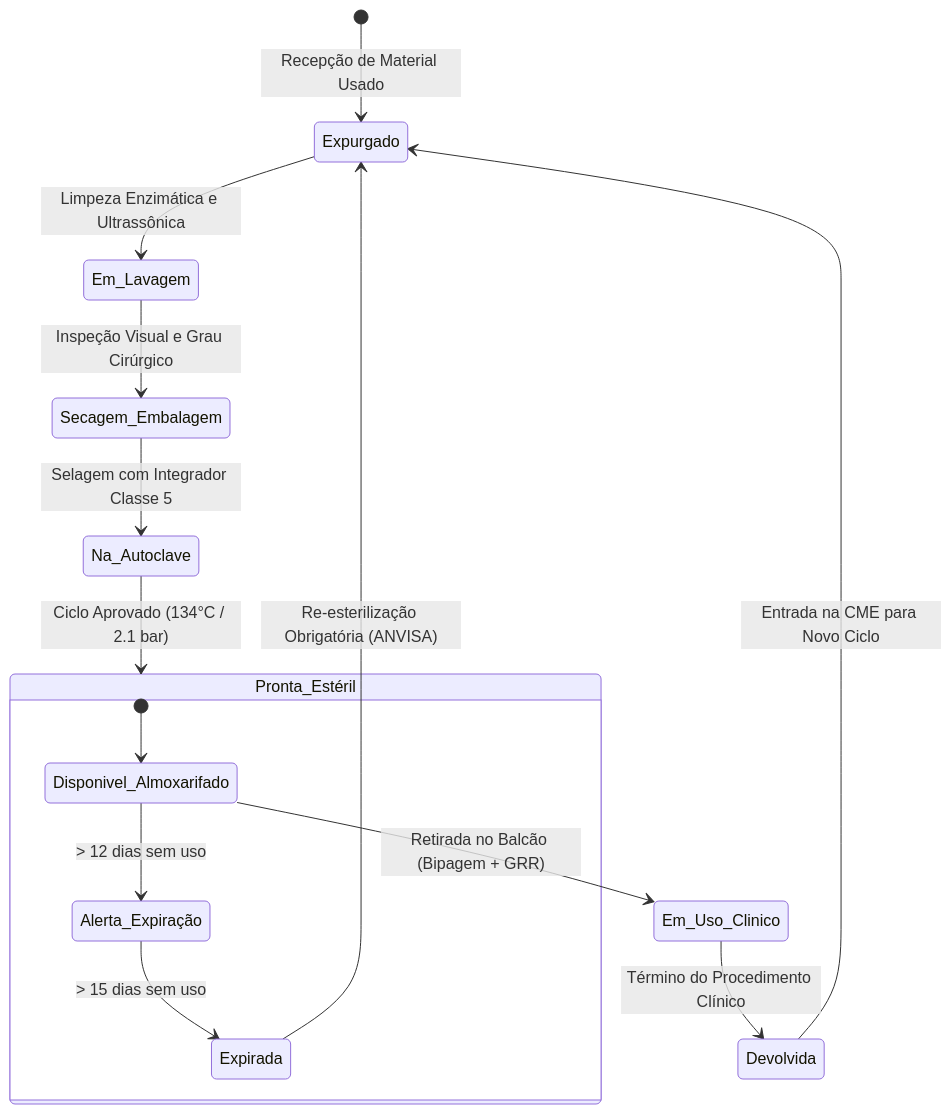
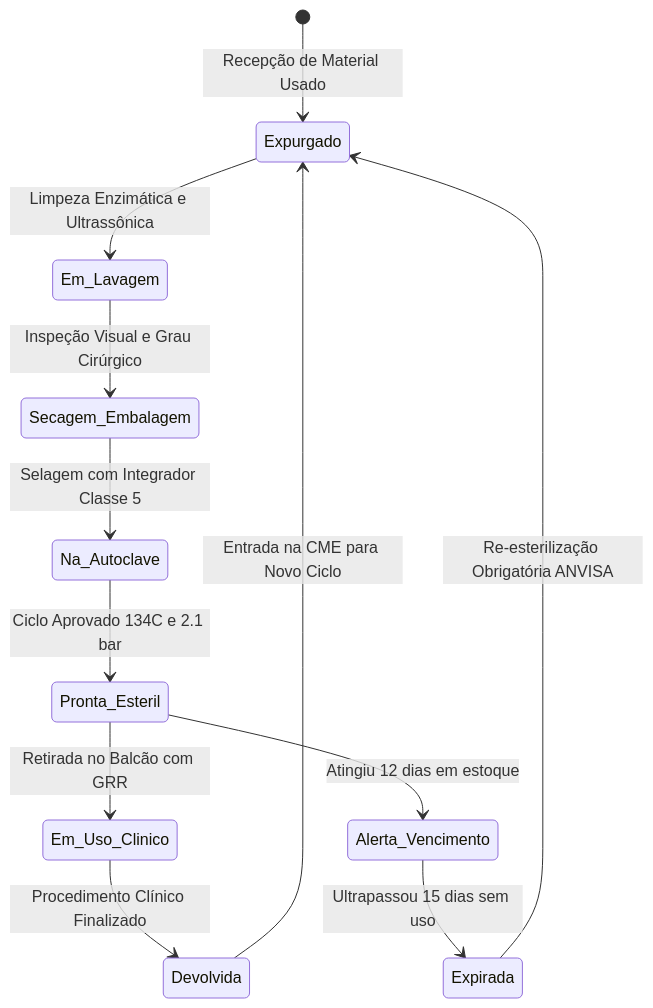
Before and after one commit to matheus-gabriel-les/Projeto-BigDente-v2: the second of 4 diagrams in README.md, drawn with Mermaid. The commit also changed other lines of this file, not shown here.

First line of the commit message:
docs: update RBAC flowchart in README

````diff
--- a/README.md
+++ b/README.md
@@ -56,21 +68,16 @@
 ```mermaid
 stateDiagram-v2
     [*] --> Expurgado: Recepção de Material Usado
     Expurgado --> Em_Lavagem: Limpeza Enzimática e Ultrassônica
     Em_Lavagem --> Secagem_Embalagem: Inspeção Visual e Grau Cirúrgico
     Secagem_Embalagem --> Na_Autoclave: Selagem com Integrador Classe 5
+    Na_Autoclave --> Pronta_Esteril: Ciclo Aprovado 134C e 2.1 bar
     
-    Na_Autoclave --> Pronta_Estéril: Ciclo Aprovado (134°C / 2.1 bar)
+    Pronta_Esteril --> Em_Uso_Clinico: Retirada no Balcão com GRR
+    Pronta_Esteril --> Alerta_Vencimento: Atingiu 12 dias em estoque
+    Alerta_Vencimento --> Expirada: Ultrapassou 15 dias sem uso
+    Expirada --> Expurgado: Re-esterilização Obrigatória ANVISA
     
-    state Pronta_Estéril {
-        [*] --> Disponivel_Almoxarifado
-        Disponivel_Almoxarifado --> Alerta_Expiração: > 12 dias sem uso
-        Alerta_Expiração --> Expirada: > 15 dias sem uso
-    }
-    
-    Disponivel_Almoxarifado --> Em_Uso_Clinico: Retirada no Balcão (Bipagem + GRR)
-    Expirada --> Expurgado: Re-esterilização Obrigatória (ANVISA)
-    
-    Em_Uso_Clinico --> Devolvida: Término do Procedimento Clínico
+    Em_Uso_Clinico --> Devolvida: Procedimento Clínico Finalizado
     Devolvida --> Expurgado: Entrada na CME para Novo Ciclo
 ```
````
